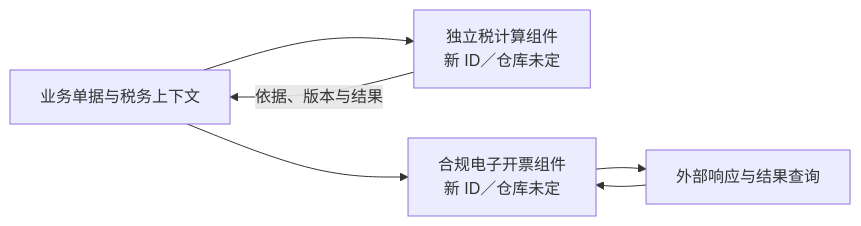
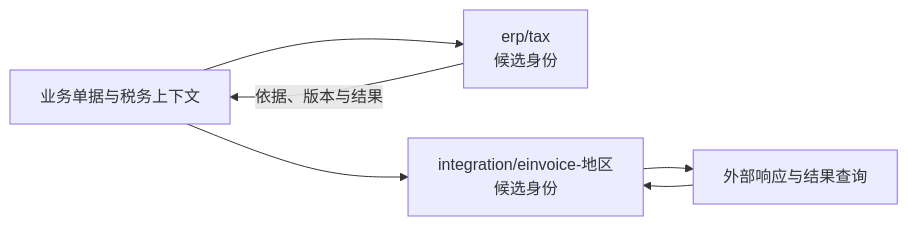
One commit to brickKit/be-assembly-standard changed the fourth of 4 diagrams in tempDocs/replacements/finance-and-settlement.md. Above: the diagram before and after it, drawn with Mermaid. The commit also changed other lines of this file and 25 other files, not shown here.

````diff
--- a/tempDocs/replacements/finance-and-settlement.md
+++ b/tempDocs/replacements/finance-and-settlement.md
@@ -126,8 +126,8 @@
 ```mermaid
 flowchart LR
-    B[业务单据与税务上下文] --> T[独立税计算组件<br/>新 ID／仓库未定]
+    B[业务单据与税务上下文] --> T[erp/tax<br/>候选身份]
     T -->|依据、版本与结果| B
-    B --> E[合规电子开票组件<br/>新 ID／仓库未定]
+    B --> E[integration/einvoice-地区<br/>候选身份]
     E --> X[外部响应与结果查询]
     X --> E
 ```
````
